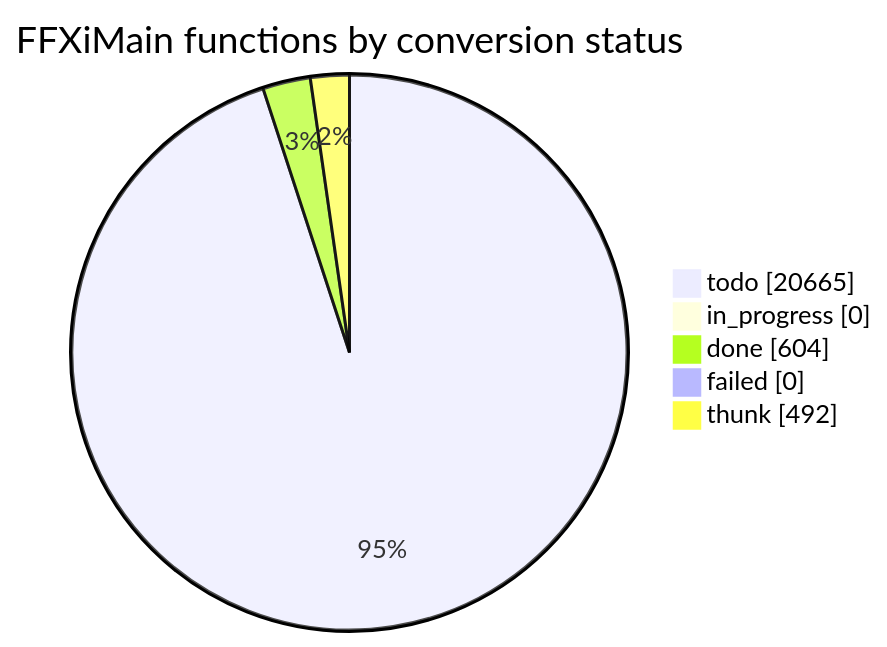
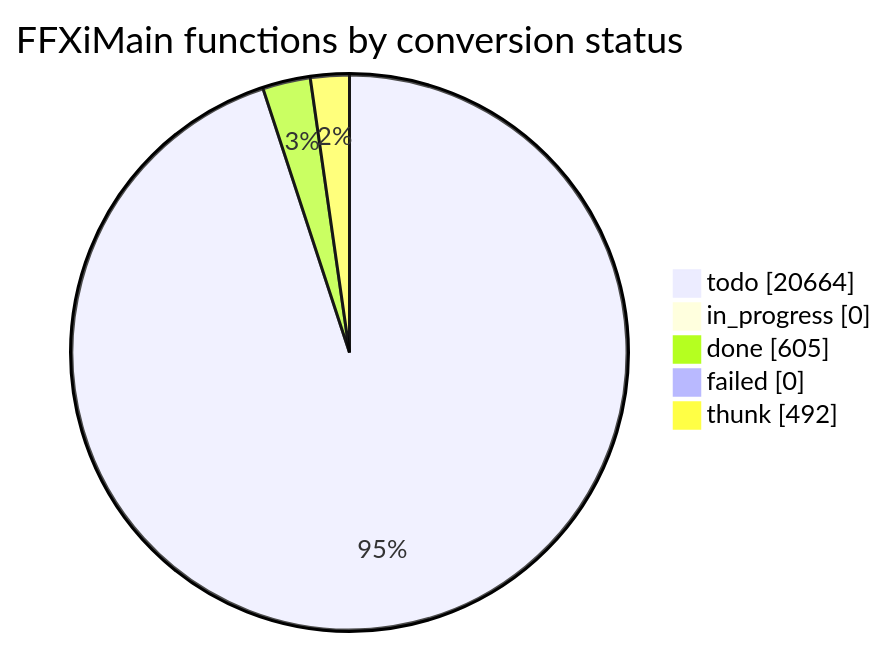
The diagram in docs/cow/STATUS.md (cowrevenge/cow_kuluu_xi_anything), drawn with Mermaid before and after one commit. The commit also changed other lines of this file and 9 other files, not shown here.

````diff
--- a/docs/cow/STATUS.md
+++ b/docs/cow/STATUS.md
@@ -18,9 +18,9 @@
 ```mermaid
 pie showData
     title FFXiMain functions by conversion status
-    "todo" : 20665
+    "todo" : 20664
     "in_progress" : 0
-    "done" : 604
+    "done" : 605
     "failed" : 0
     "thunk" : 492
 ```
````
